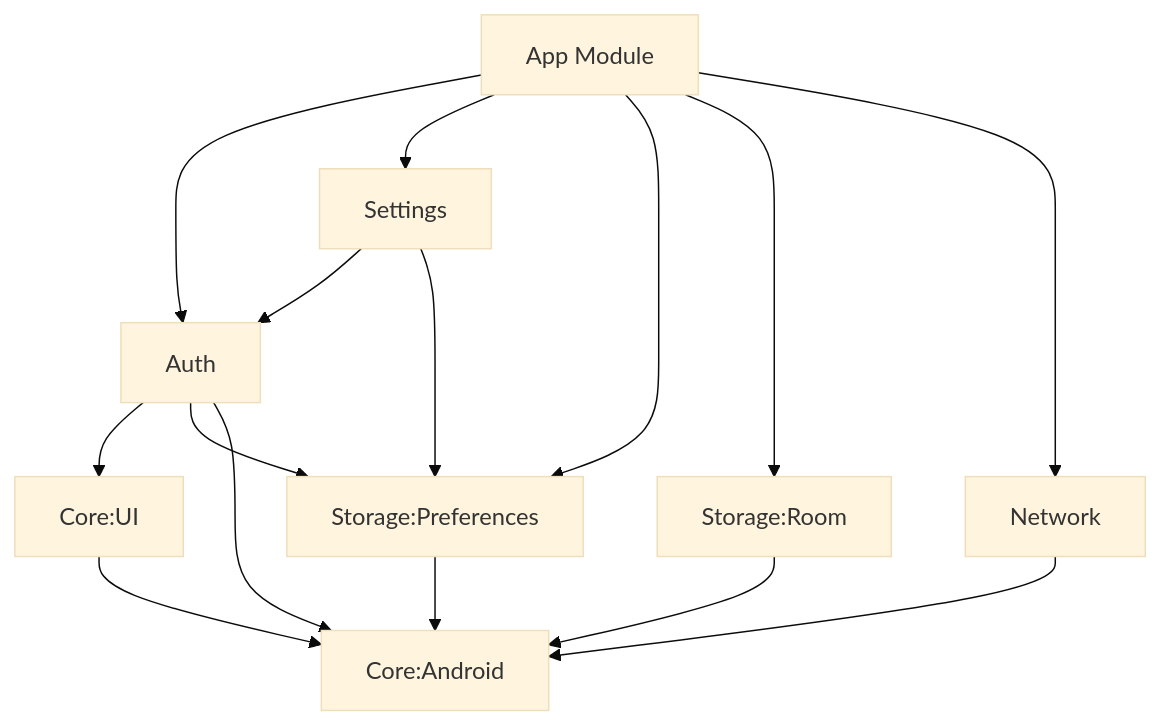
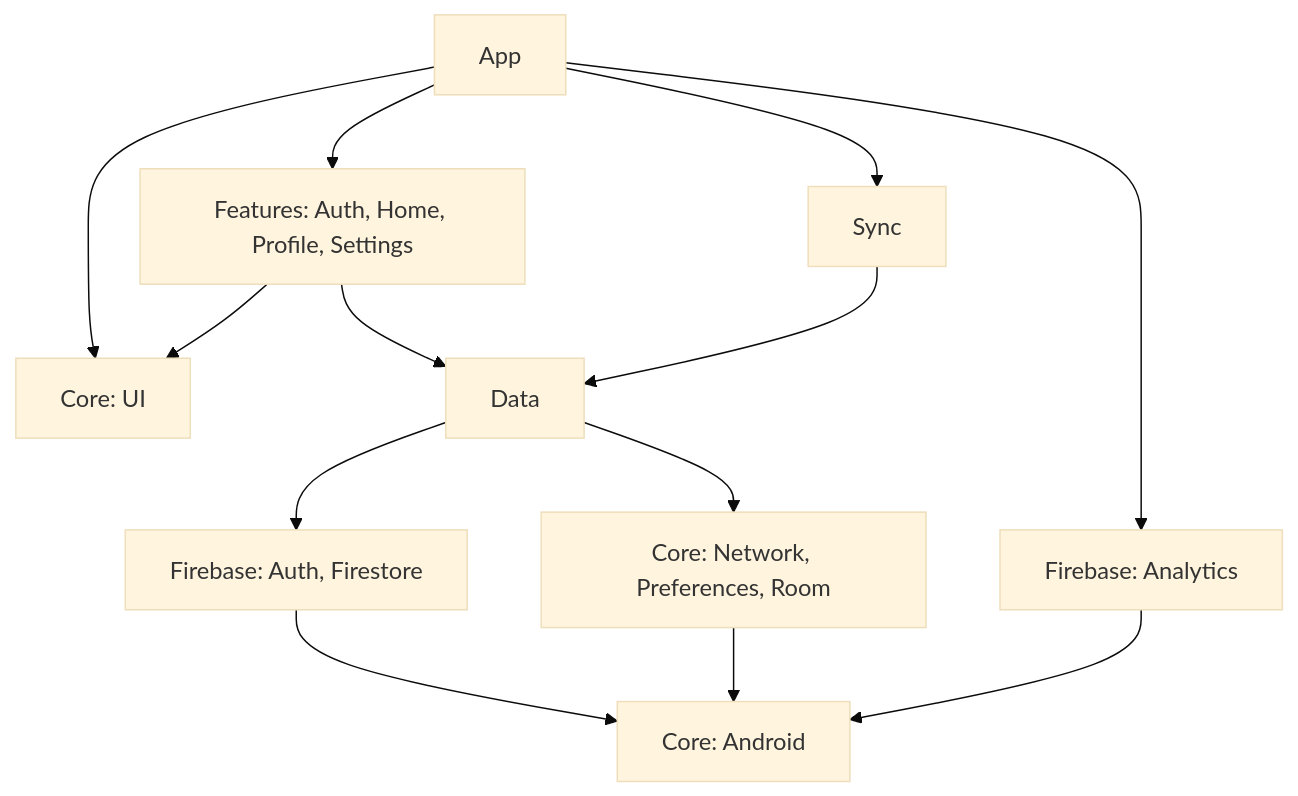
The diagram in README.md (Abdullah-Khan-Sherwani/Patient-Tracker-App), drawn with Mermaid (base theme) before and after one commit. The commit also changed other lines of this file, not shown here.

Commit message:
Update README.md to include Firebase integration and background sync details

````diff
--- a/README.md
+++ b/README.md
@@ -69,17 +75,15 @@
 ```mermaid
 graph TD
-    A[App Module] --> B[Auth]
-    A --> H[Settings]
-    A --> C[Storage:Preferences]
-    A --> D[Storage:Room]
-    A --> E[Network]
-    B --> F[Core:UI]
-    H --> B
-    H --> C
-    B --> C
-    B --> G[Core:Android]
-    C --> G
-    D --> G
-    E --> G
-    F --> G
+    A[App] --> B[Firebase: Analytics]
+    A --> C[Features: Auth, Home, Profile, Settings]
+    A --> D[Sync]
+    A --> I[Core: UI]
+    C --> I
+    C --> E[Data]
+    D --> E
+    E --> F[Firebase: Auth, Firestore]
+    E --> G[Core: Network, Preferences, Room]
+    F --> H[Core: Android]
+    G --> H
+    B --> H
 ```
````
